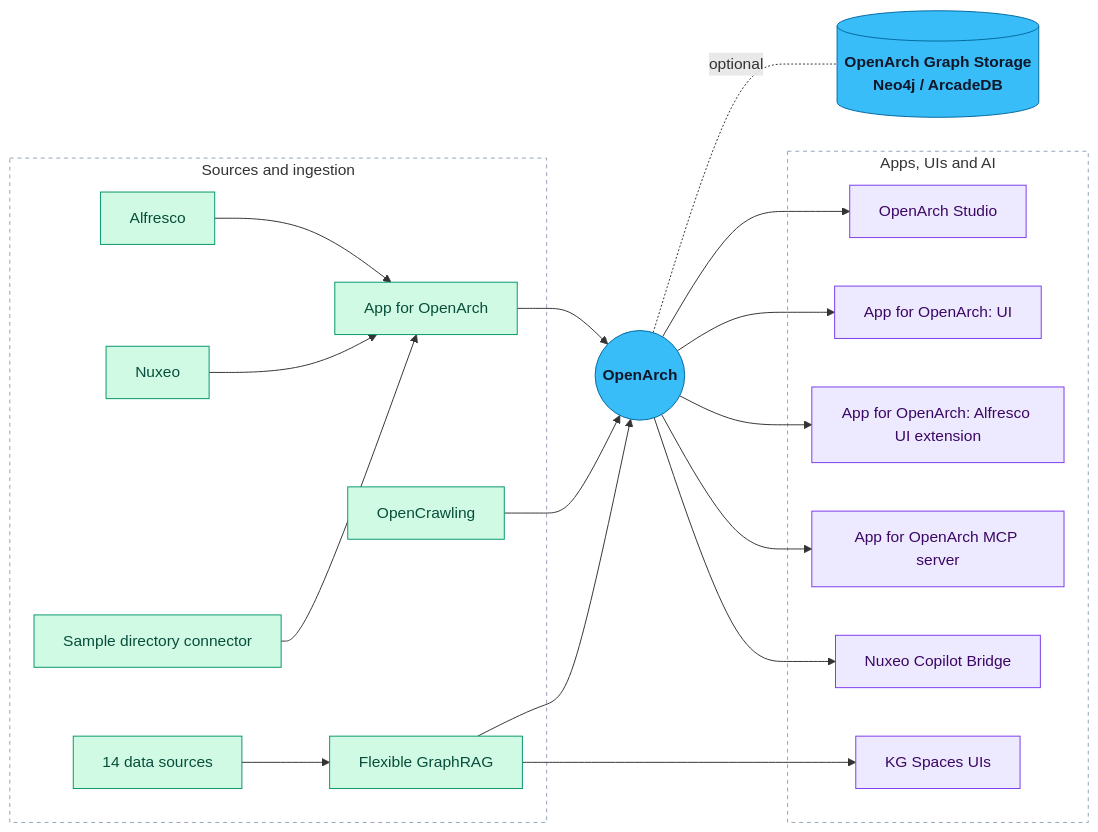
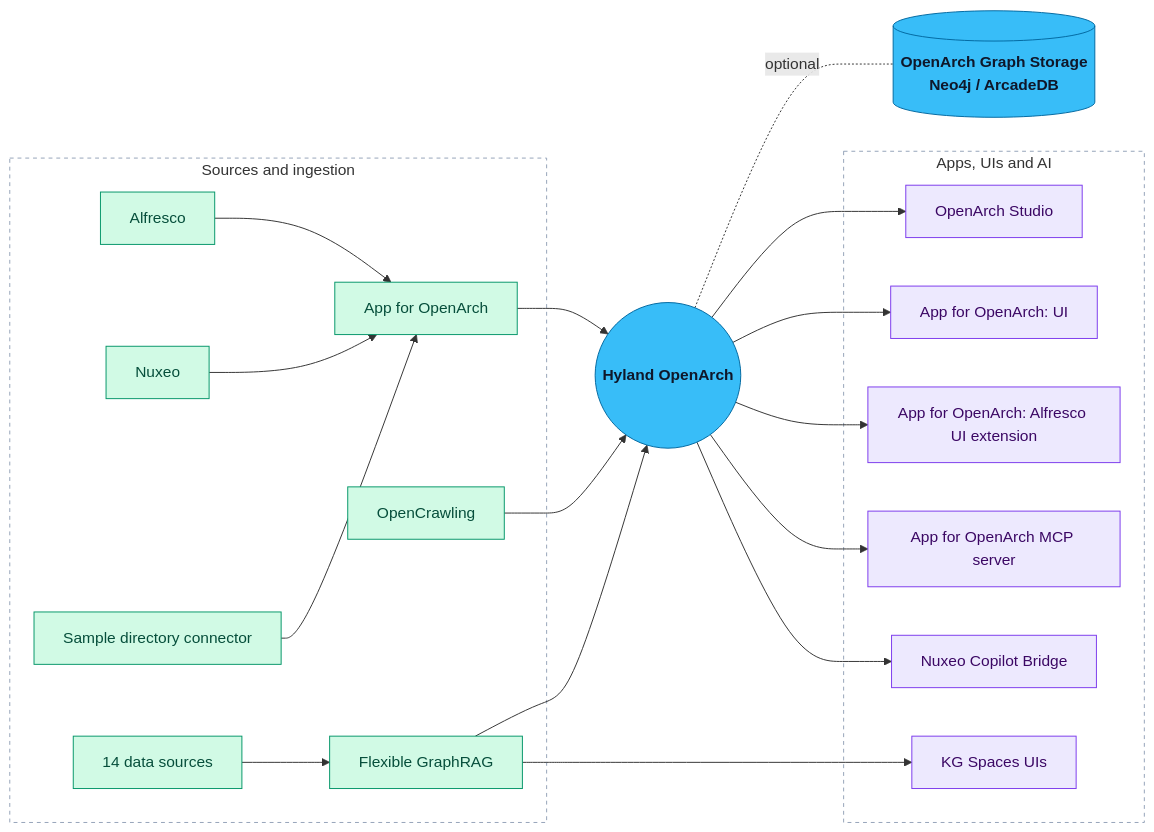
The diagram in README.md (AlfrescoLabs/awesome-openarch), drawn with Mermaid before and after one commit. The commit also changed other lines of this file, not shown here.

Commit message:
Add openarch-docs, name Hyland OpenArch in full, and say AlfrescoLabs projects are not supported by Hyland

````diff
--- a/README.md
+++ b/README.md
@@ -59,61 +60,61 @@
 ```mermaid
 graph LR
     subgraph Sources["Sources and ingestion"]
         ACS[Alfresco]
         NUX[Nuxeo]
         CLA["App for OpenArch"]
         OC[OpenCrawling]
         SDC[Sample directory connector]
         DS14[14 data sources]
         FGA[Flexible GraphRAG]
     end
 
-    OA((OpenArch))
+    OA(("Hyland OpenArch"))
     GS[(OpenArch Graph Storage<br/>Neo4j / ArcadeDB)]
 
     subgraph Apps["Apps, UIs and AI"]
         STU[OpenArch Studio]
         CLUI["App for OpenArch: UI"]
         ACLUI["App for OpenArch: Alfresco UI extension"]
         MCP["App for OpenArch MCP server"]
         NCB[Nuxeo Copilot Bridge]
         KGS[KG Spaces UIs]
     end
 
     ACS --> CLA
     NUX --> CLA
     CLA --> OA
     OC --> OA
     SDC --> CLA
     DS14 --> FGA
     FGA --> OA
     OA -. optional .- GS
     OA --> STU
     OA --> CLUI
     OA --> ACLUI
     OA --> MCP
     OA --> NCB
     FGA --> KGS
 
     click CLA "https://github.com/AlfrescoLabs/content-lake-app"
     click OC "https://github.com/opencrawling/opencrawling"
     click SDC "https://github.com/AlfrescoLabs/content-lake-app/tree/main/plugins/examples/sample-directory-connector"
     click FGA "https://github.com/stevereiner/flexible-graphrag"
     click OA "https://github.com/Hyland/OpenArch"
     click GS "https://github.com/stevereiner/openarch-graph-storage"
     click STU "https://github.com/haaldinger/openarch-studio"
     click CLUI "https://github.com/AlfrescoLabs/content-lake-app-ui"
     click ACLUI "https://github.com/AlfrescoLabs/alfresco-content-lake-ui"
     click MCP "https://github.com/AlfrescoLabs/content-lake-app"
     click NCB "https://www.prime-force.com"
     click KGS "https://github.com/stevereiner/kg-spaces-aca"
 
     classDef source fill:#d1fae5,stroke:#059669,color:#064e3b
     classDef core fill:#38bdf8,stroke:#0369a1,color:#0f172a,font-weight:bold
     classDef app fill:#ede9fe,stroke:#7c3aed,color:#3b0764
     class ACS,NUX,CLA,OC,SDC,DS14,FGA source
     class OA,GS core
     class STU,CLUI,ACLUI,MCP,NCB,KGS app
     style Sources fill:transparent,stroke:#94a3b8,stroke-dasharray:4 4
     style Apps fill:transparent,stroke:#94a3b8,stroke-dasharray:4 4
 ```
````
